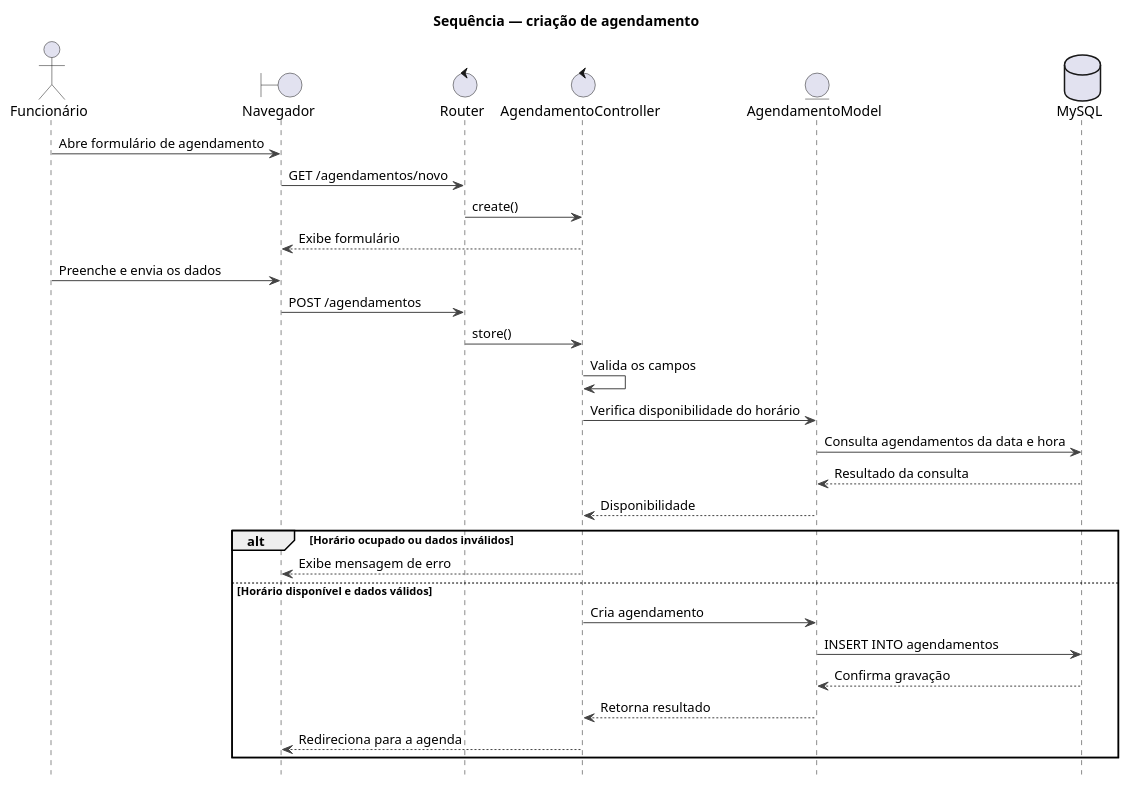
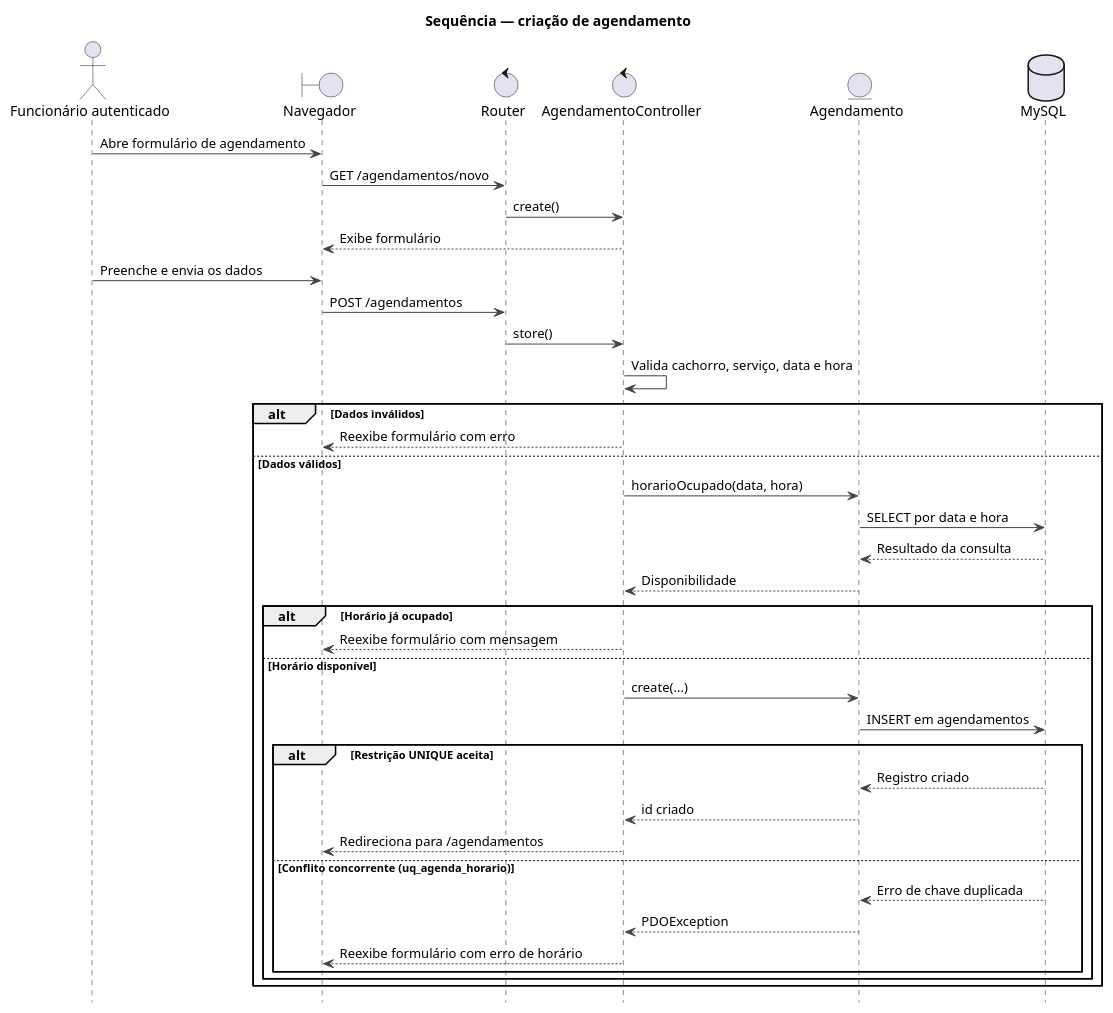
Before and after one commit to 7lipe7/PI_2_semestre: the diagram in docks/diagramas/sequencia-criacao-agendamento.puml, drawn with PlantUML. The commit also changed 5 other files, not shown here.

Commit message:
fix: corrigir nomes de constraints e mensagens de erro no controller de agendamento feat: atualizar diagrama de classes com novos atributos e notas feat: ajustar modelo lógico com enum para status e porte feat: refinar sequência de criação de agendamento com validações e tratamento de erros

```diff
--- a/docks/diagramas/sequencia-criacao-agendamento.puml
+++ b/docks/diagramas/sequencia-criacao-agendamento.puml
@@ -2,45 +2,56 @@
 @startuml
 title Sequência — criação de agendamento
 
 skinparam shadowing false
 skinparam sequence {
   ParticipantBorderColor #5D2B86
   ParticipantBackgroundColor #5D2B86
   ParticipantFontColor white
   ArrowColor #444444
 }
 hide footbox
 
-actor "Funcionário" as F
+actor "Funcionário autenticado" as F
 boundary "Navegador" as UI
 control "Router" as R
 control "AgendamentoController" as C
-entity "AgendamentoModel" as M
+entity "Agendamento" as M
 database "MySQL" as DB
 
 F -> UI: Abre formulário de agendamento
 UI -> R: GET /agendamentos/novo
 R -> C: create()
 C --> UI: Exibe formulário
 
 F -> UI: Preenche e envia os dados
 UI -> R: POST /agendamentos
 R -> C: store()
 
-C -> C: Valida os campos
-C -> M: Verifica disponibilidade do horário
-M -> DB: Consulta agendamentos da data e hora
-DB --> M: Resultado da consulta
-M --> C: Disponibilidade
+C -> C: Valida cachorro, serviço, data e hora
 
-alt Horário ocupado ou dados inválidos
-  C --> UI: Exibe mensagem de erro
-else Horário disponível e dados válidos
-  C -> M: Cria agendamento
-  M -> DB: INSERT INTO agendamentos
-  DB --> M: Confirma gravação
-  M --> C: Retorna resultado
-  C --> UI: Redireciona para a agenda
+alt Dados inválidos
+  C --> UI: Reexibe formulário com erro
+else Dados válidos
+  C -> M: horarioOcupado(data, hora)
+  M -> DB: SELECT por data e hora
+  DB --> M: Resultado da consulta
+  M --> C: Disponibilidade
+
+  alt Horário já ocupado
+    C --> UI: Reexibe formulário com mensagem
+  else Horário disponível
+    C -> M: create(...)
+    M -> DB: INSERT em agendamentos
+    alt Restrição UNIQUE aceita
+      DB --> M: Registro criado
+      M --> C: id criado
+      C --> UI: Redireciona para /agendamentos
+    else Conflito concorrente (uq_agenda_horario)
+      DB --> M: Erro de chave duplicada
+      M --> C: PDOException
+      C --> UI: Reexibe formulário com erro de horário
+    end
+  end
 end
 
 @enduml
```
